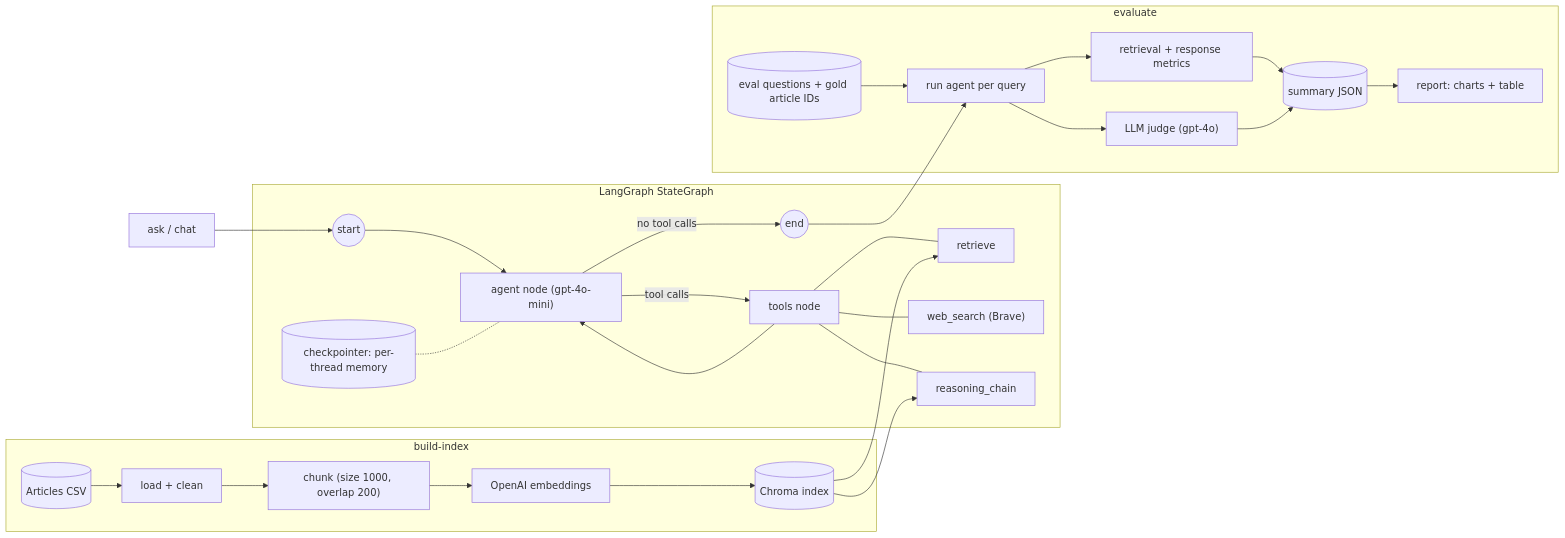
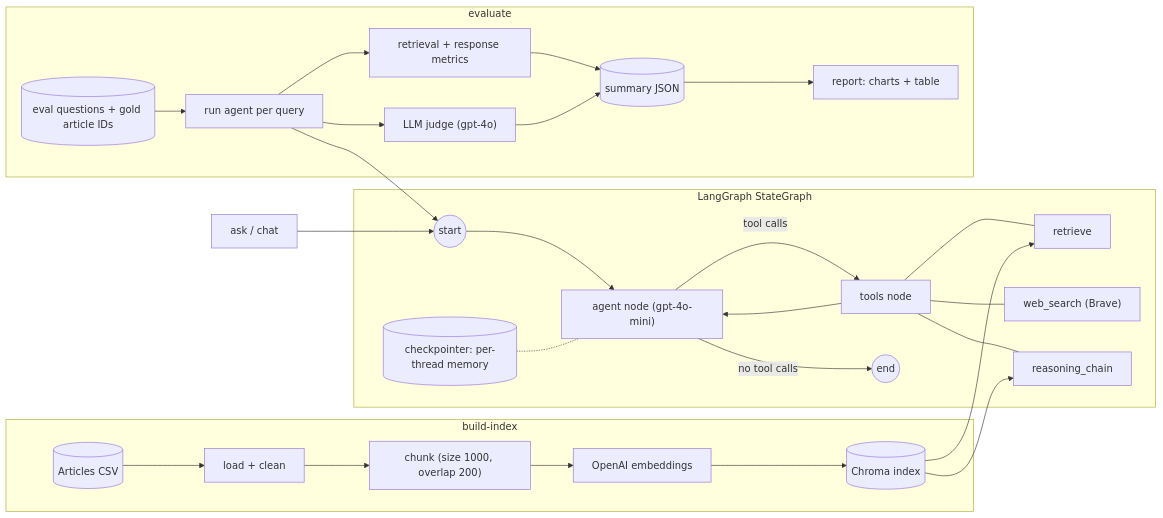
One commit to JoeGiwa/cleantech-rag changed the diagram in README.md. Above: the diagram before and after it, drawn with Mermaid. The commit also changed other lines of this file, not shown here.

Commit message:
docs: README fixes (mermaid, precision wording, resume behavior, bug 5 framing)

````diff
--- a/README.md
+++ b/README.md
@@ -14,35 +14,35 @@
 ```mermaid
 flowchart LR
     subgraph Indexing["build-index"]
         CSV[("Articles CSV")] --> CLEAN["load + clean"]
         CLEAN --> CHUNK["chunk (size 1000, overlap 200)"]
         CHUNK --> EMB["OpenAI embeddings"]
         EMB --> CHROMA[("Chroma index")]
     end
 
     subgraph Agent["LangGraph StateGraph"]
         START((start)) --> A["agent node (gpt-4o-mini)"]
         A -->|tool calls| T["tools node"]
         T --> A
-        A -->|no tool calls| END((end))
+        A -->|no tool calls| END(("end"))
         T --- R["retrieve"]
         T --- W["web_search (Brave)"]
         T --- C["reasoning_chain"]
         CP[("checkpointer: per-thread memory")] -.- A
     end
 
     CHROMA --> R
     CHROMA --> C
     USER["ask / chat"] --> START
 
     subgraph Eval["evaluate"]
         QA[("eval questions + gold article IDs")] --> RUN["run agent per query"]
         RUN --> METRICS["retrieval + response metrics"]
         RUN --> JUDGE["LLM judge (gpt-4o)"]
         METRICS --> SUM[("summary JSON")]
         JUDGE --> SUM
         SUM --> REPORT["report: charts + table"]
     end
 
-    END --> RUN
+    RUN --> START
 ```
````
